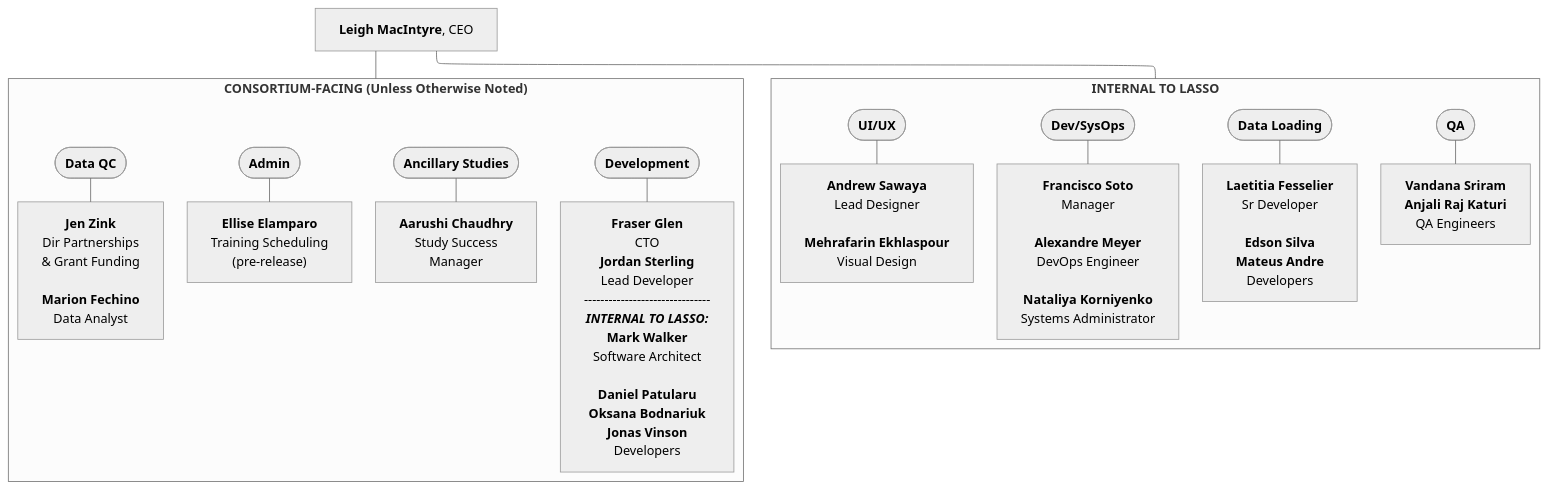
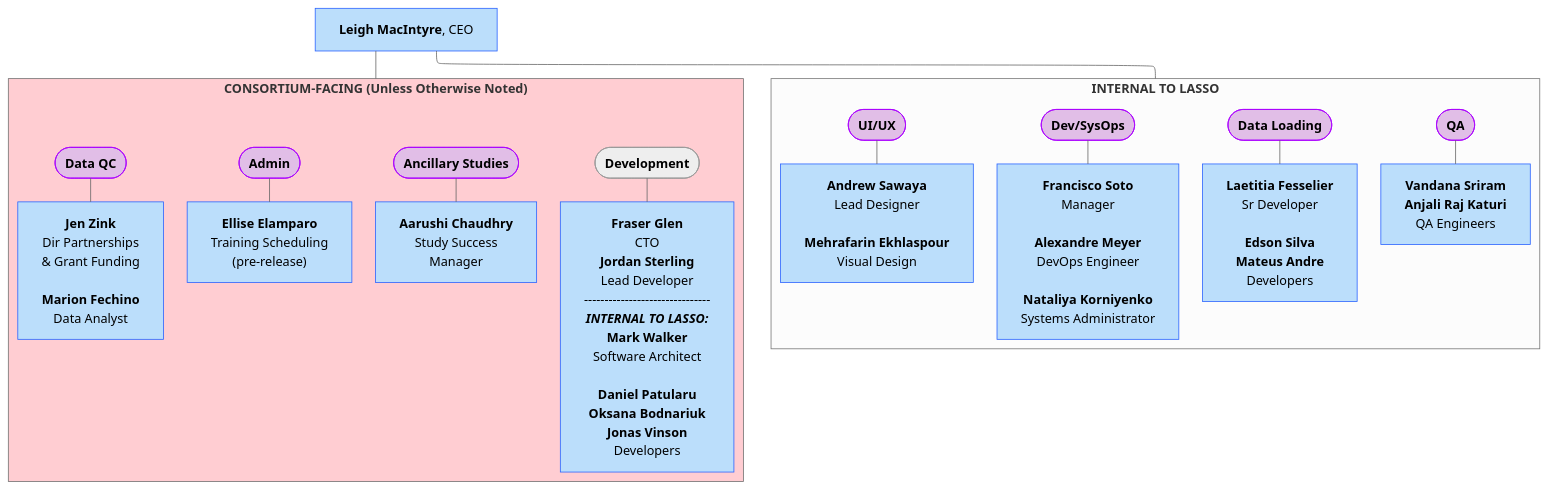
Before and after one commit to DCAN-Labs/hbcd-docs-internal: the first of 17 diagrams in docs/orgcharts_alt.md, drawn with Mermaid (neutral theme).

````diff
--- a/docs/orgcharts_alt.md
+++ b/docs/orgcharts_alt.md
@@ -3,43 +3,61 @@
 ```mermaid
 ---
 config:
   layout: elk
 ---
 flowchart TB
  subgraph s1["<b>INTERNAL TO LASSO</b>"]
         n23(["<b>Dev/SysOps</b>"])
         n24["<b>Francisco Soto</b><br>Manager<br>
     <b>Alexandre Meyer</b><br>DevOps Engineer<br><br><b>Nataliya Korniyenko<br></b>Systems Administrator"]
         n4(["<b>Data Loading</b>"])
         n9["<b>Laetitia Fesselier</b><br>Sr Developer<br>
     <b>Edson Silva</b><br><b>Mateus Andre</b><br>Developers"]
         n29(["<b>UI/UX</b>"])
         n30["<b>Andrew Sawaya</b><br>Lead Designer<br>
     <b>Mehrafarin Ekhlaspour</b><br>Visual Design"]
         n27(["<b>QA</b>"])
         n28["<b>Vandana Sriram</b><br><b>Anjali Raj Katuri<br></b>QA Engineers"]
   end
  subgraph s2["<b>CONSORTIUM-FACING (Unless Otherwise Noted)</b>"]
         B(["<b>Admin</b>"])
         n5["<b>Ellise Elamparo</b><br>Training Scheduling<br>(pre-release)"]
         n1(["<b>Ancillary Studies</b>"])
         n6["<b>Aarushi Chaudhry<br></b>Study Success<br>Manager"]
         n2(["<b>Data QC</b>"])
         n7["<b>Jen Zink<br></b>Dir Partnerships<br>&amp; Grant Funding<br><br><b>Marion Fechino</b><br>Data Analyst"]
         n22(["<b>Development</b>"])
         n26["<b>Fraser Glen<br></b>CTO<br><b>Jordan Sterling<br></b>Lead Developer
     -------------------------------
     <b><i>INTERNAL TO LASSO:</i>
     Mark Walker</b><br>Software Architect<br>
     <b>Daniel Patularu</b><br><b>Oksana Bodnariuk<br>Jonas Vinson<br></b>Developers"]
   end
     B --- n5
     n1 --- n6
     n2 --- n7
     n4 --- n9
     n23 --- n24
     n22 --- n26
     n27 --- n28
     n29 --- n30
     A["<b>Leigh MacIntyre</b>, CEO"] --- s2 & s1
+    style n23 fill:#E1BEE7,stroke:#AA00FF
+    style n24 fill:#BBDEFB,stroke:#2962FF
+    style n4 fill:#E1BEE7,stroke:#AA00FF
+    style n9 fill:#BBDEFB,stroke:#2962FF
+    style n29 fill:#E1BEE7,stroke:#AA00FF
+    style n30 fill:#BBDEFB,stroke:#2962FF
+    style n27 fill:#E1BEE7,stroke:#AA00FF
+    style n28 fill:#BBDEFB,stroke:#2962FF
+    style B fill:#E1BEE7,stroke:#AA00FF
+    style n5 fill:#BBDEFB,stroke:#2962FF
+    style n1 fill:#E1BEE7,stroke:#AA00FF
+    style n6 fill:#BBDEFB,stroke:#2962FF
+    style n2 fill:#E1BEE7,stroke:#AA00FF
+    style n7 fill:#BBDEFB,stroke:#2962FF
+    style n26 fill:#BBDEFB,stroke:#2962FF
+    style A fill:#BBDEFB,stroke:#2962FF
+    style s2 fill:#FFCDD2
+    style s1 stroke:#757575
 ```
````
